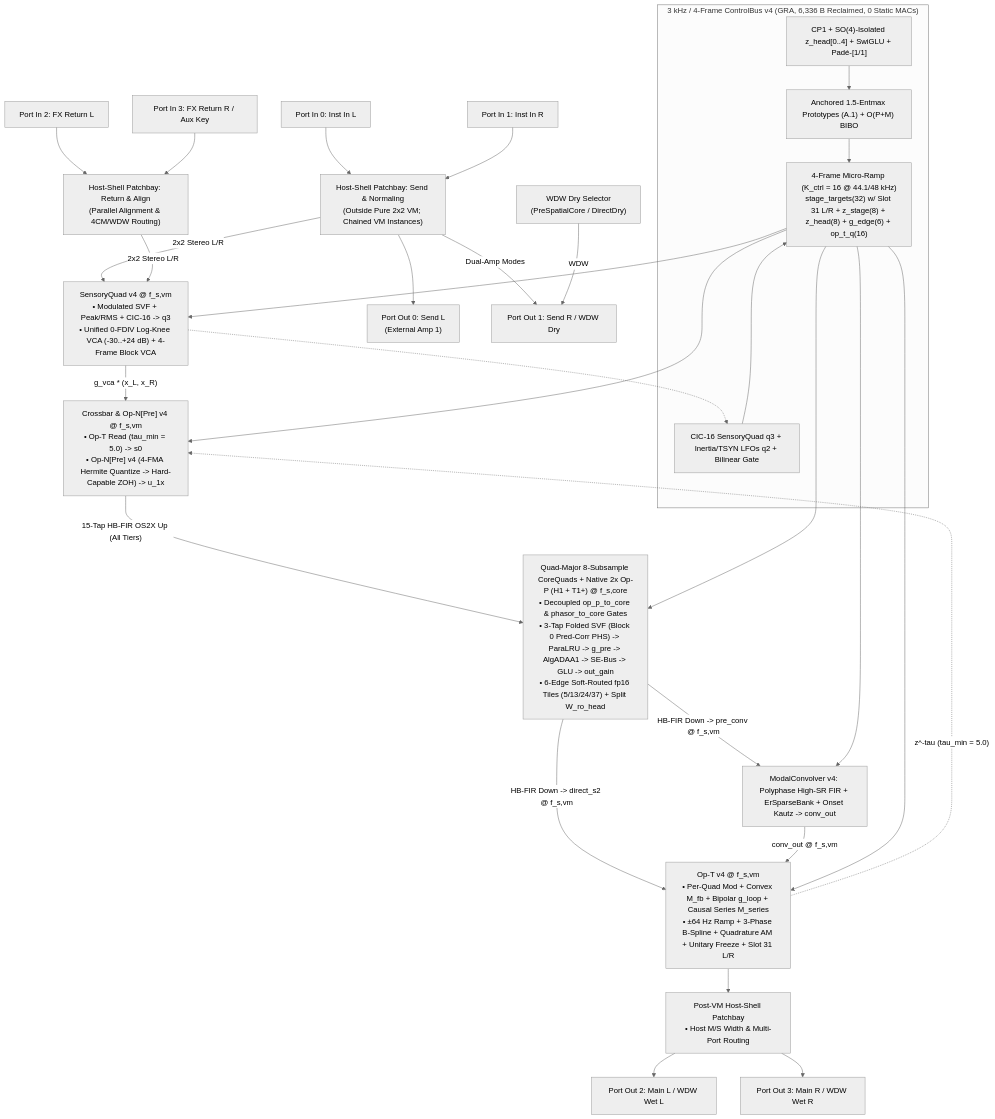
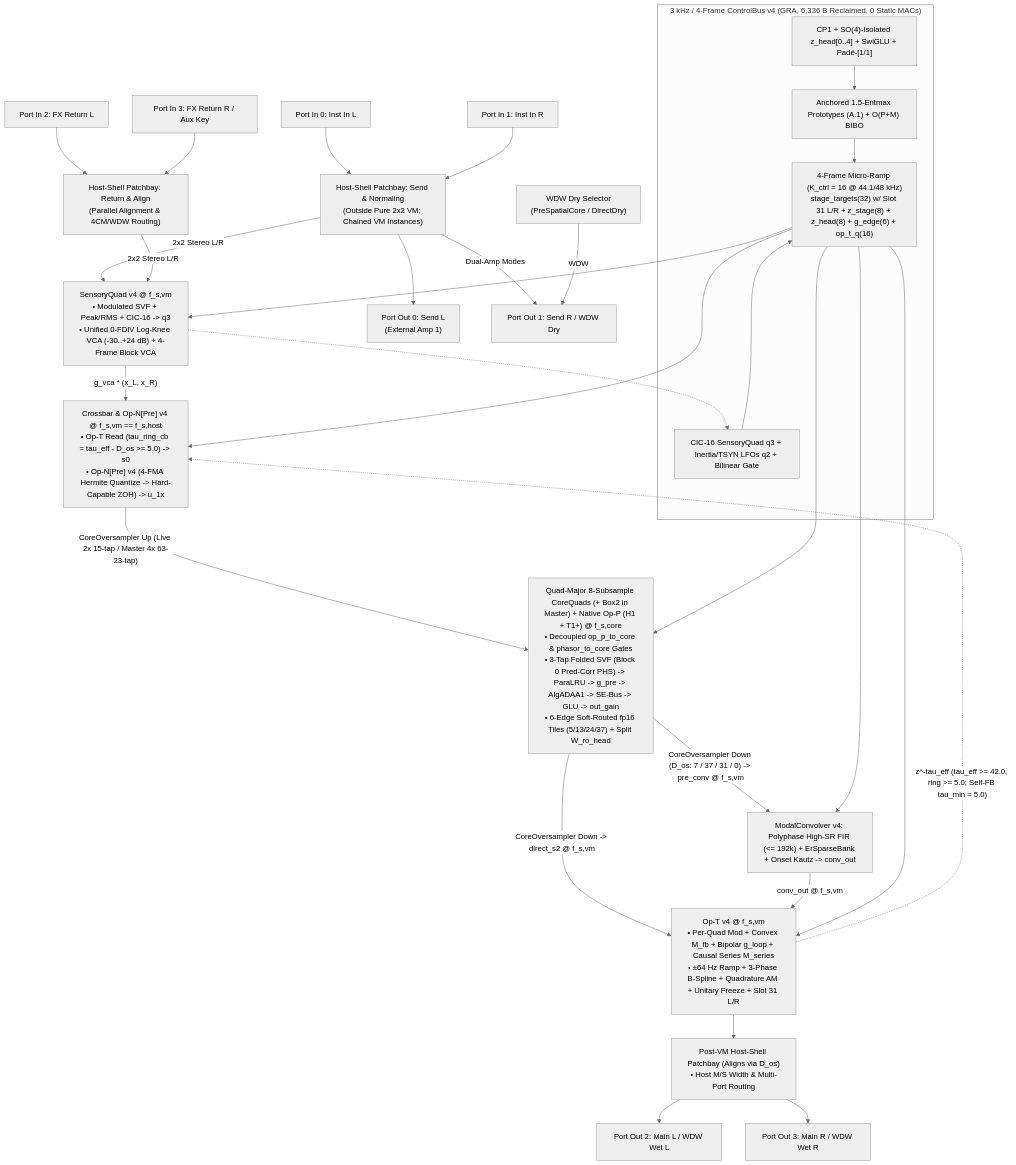
One commit to mokugen/dnam changed the diagram in docs/specs/dsp/router_and_crossbar_topology.md. Above: the diagram before and after it, drawn with Mermaid (neutral theme). The commit also changed other lines of this file and 23 other files, not shown here.

Commit message:
docs(adr,specs): ratify ADR-0026 core-only multirate, tau_eff crossbar, and deterministic ControlBus

````diff
--- a/docs/specs/dsp/router_and_crossbar_topology.md
+++ b/docs/specs/dsp/router_and_crossbar_topology.md
@@ -40,30 +43,30 @@
 ```mermaid
 flowchart TD
     subgraph ControlPlaneGroup ["3 kHz / 4-Frame ControlBus v4 (GRA, 6,336 B Reclaimed, 0 Static MACs)"]
         CtrlSrc["CP1 + SO(4)-Isolated z_head[0..4] + SwiGLU + Padé-[1/1]"] --> OpN["Anchored 1.5-Entmax Prototypes (A.1) + O(P+M) BIBO"]
         EnvLfo["CIC-16 SensoryQuad q3 + Inertia/TSYN LFOs q2 + Bilinear Gate"] --> CtrlDispatch["4-Frame Micro-Ramp (K_ctrl = 16 @ 44.1/48 kHz)<br/>stage_targets(32) w/ Slot 31 L/R + z_stage(8) + z_head(8) + g_edge(6) + op_t_q(16)"]
         OpN --> CtrlDispatch
     end
 
     In0["Port In 0: Inst In L"] & In1["Port In 1: Inst In R"] --> PreRouter["Host-Shell Patchbay: Send & Normaling<br/>(Outside Pure 2x2 VM; Chained VM Instances)"]
     In2["Port In 2: FX Return L"] & In3["Port In 3: FX Return R / Aux Key"] --> DownRouter["Host-Shell Patchbay: Return & Align<br/>(Parallel Alignment & 4CM/WDW Routing)"]
 
     PreRouter --> Out0["Port Out 0: Send L<br/>(External Amp 1)"]
     PreRouter -->|"Dual-Amp Modes"| Out1["Port Out 1: Send R / WDW Dry"]
     DryTap["WDW Dry Selector<br/>(PreSpatialCore / DirectDry)"] -->|"WDW"| Out1
 
     PreRouter & DownRouter -->|"2x2 Stereo L/R"| Sense["SensoryQuad v4 @ f_s,vm<br/>• Modulated SVF + Peak/RMS + CIC-16 -> q3<br/>• Unified 0-FDIV Log-Knee VCA (-30..+24 dB) + 4-Frame Block VCA"]
     Sense -.-> EnvLfo
-    Sense -->|"g_vca * (x_L, x_R)"| Crossbar["Crossbar & Op-N[Pre] v4 @ f_s,vm<br/>• Op-T Read (tau_min = 5.0) -> s0<br/>• Op-N[Pre] v4 (4-FMA Hermite Quantize -> Hard-Capable ZOH) -> u_1x"]
-    Crossbar -->|"15-Tap HB-FIR OS2X Up (All Tiers)"| Core["Quad-Major 8-Subsample CoreQuads + Native 2x Op-P (H1 + T1+) @ f_s,core<br/>• Decoupled op_p_to_core & phasor_to_core Gates<br/>• 3-Tap Folded SVF (Block 0 Pred-Corr PHS) -> ParaLRU -> g_pre -> AlgADAA1 -> SE-Bus -> GLU -> out_gain<br/>• 6-Edge Soft-Routed fp16 Tiles (5/13/24/37) + Split W_ro_head"]
-    Core -->|"HB-FIR Down -> pre_conv @ f_s,vm"| Conv["ModalConvolver v4: Polyphase High-SR FIR + ErSparseBank + Onset Kautz -> conv_out"]
-    Core -->|"HB-FIR Down -> direct_s2 @ f_s,vm"| Tank["Op-T v4 @ f_s,vm<br/>• Per-Quad Mod + Convex M_fb + Bipolar g_loop + Causal Series M_series<br/>• ±64 Hz Ramp + 3-Phase B-Spline + Quadrature AM + Unitary Freeze + Slot 31 L/R"]
+    Sense -->|"g_vca * (x_L, x_R)"| Crossbar["Crossbar & Op-N[Pre] v4 @ f_s,vm == f_s,host<br/>• Op-T Read (tau_ring_cb = tau_eff - D_os >= 5.0) -> s0<br/>• Op-N[Pre] v4 (4-FMA Hermite Quantize -> Hard-Capable ZOH) -> u_1x"]
+    Crossbar -->|"CoreOversampler Up (Live 2x 15-tap / Master 4x 63-23-tap)"| Core["Quad-Major 8-Subsample CoreQuads (+ Box2 in Master) + Native Op-P (H1 + T1+) @ f_s,core<br/>• Decoupled op_p_to_core & phasor_to_core Gates<br/>• 3-Tap Folded SVF (Block 0 Pred-Corr PHS) -> ParaLRU -> g_pre -> AlgADAA1 -> SE-Bus -> GLU -> out_gain<br/>• 6-Edge Soft-Routed fp16 Tiles (5/13/24/37) + Split W_ro_head"]
+    Core -->|"CoreOversampler Down (D_os: 7 / 37 / 31 / 0) -> pre_conv @ f_s,vm"| Conv["ModalConvolver v4: Polyphase High-SR FIR (<= 192k) + ErSparseBank + Onset Kautz -> conv_out"]
+    Core -->|"CoreOversampler Down -> direct_s2 @ f_s,vm"| Tank["Op-T v4 @ f_s,vm<br/>• Per-Quad Mod + Convex M_fb + Bipolar g_loop + Causal Series M_series<br/>• ±64 Hz Ramp + 3-Phase B-Spline + Quadrature AM + Unitary Freeze + Slot 31 L/R"]
     Conv -->|"conv_out @ f_s,vm"| Tank
 
     CtrlDispatch --> Sense & Crossbar & Core & Conv & Tank
 
-    Tank --> DirectOut["Post-VM Host-Shell Patchbay<br/>• Host M/S Width & Multi-Port Routing"]
-    Tank -. "z^-tau (tau_min = 5.0)" .-> Crossbar
+    Tank --> DirectOut["Post-VM Host-Shell Patchbay (Aligns via D_os)<br/>• Host M/S Width & Multi-Port Routing"]
+    Tank -. "z^-tau_eff (tau_eff >= 42.0, ring >= 5.0; Self-FB tau_min = 5.0)" .-> Crossbar
     DirectOut --> Out2["Port Out 2: Main L / WDW Wet L"]
     DirectOut --> Out3["Port Out 3: Main R / WDW Wet R"]
 ```
````
